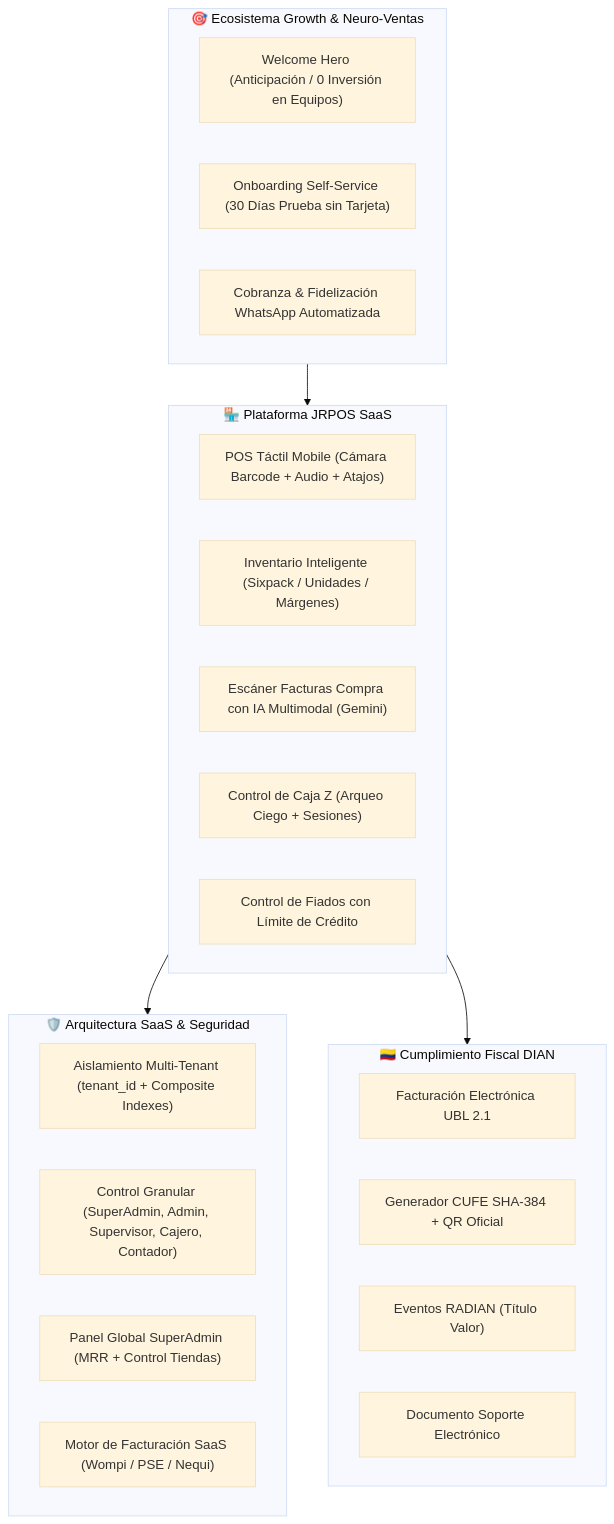
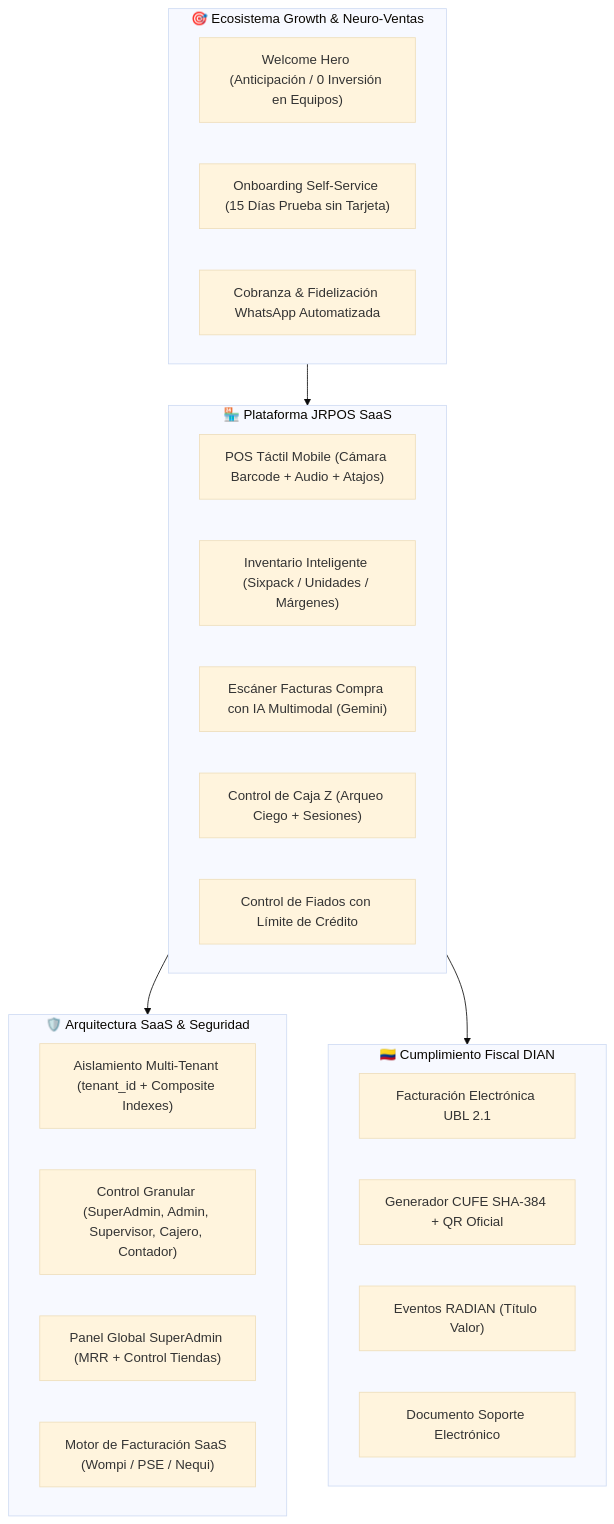
Before and after one commit to camilolealdev/Jrpos: the first of 2 diagrams in docs/MASTER_PLAN_UNIFICADO_MULTIAGENTE.md, drawn with Mermaid (base theme). The commit also changed other lines of this file and 4 other files, not shown here.

First line of the commit message:
docs: unificar trial de 15 días, 34 módulos y conteo de tests

````diff
--- a/docs/MASTER_PLAN_UNIFICADO_MULTIAGENTE.md
+++ b/docs/MASTER_PLAN_UNIFICADO_MULTIAGENTE.md
@@ -14,34 +14,34 @@
 ```mermaid
 graph TD
     subgraph Growth ["🎯 Ecosistema Growth & Neuro-Ventas"]
         WELCOME["Welcome Hero (Anticipación / 0 Inversión en Equipos)"]
-        TRIAL["Onboarding Self-Service (30 Días Prueba sin Tarjeta)"]
+        TRIAL["Onboarding Self-Service (15 Días Prueba sin Tarjeta)"]
         WHATSAPP["Cobranza & Fidelización WhatsApp Automatizada"]
     end
 
     subgraph CorePlatform ["🏪 Plataforma JRPOS SaaS"]
         POS["POS Táctil Mobile (Cámara Barcode + Audio + Atajos)"]
         INVENTORY["Inventario Inteligente (Sixpack / Unidades / Márgenes)"]
         OCR_AI["Escáner Facturas Compra con IA Multimodal (Gemini)"]
         CASH["Control de Caja Z (Arqueo Ciego + Sesiones)"]
         CREDITS["Control de Fiados con Límite de Crédito"]
     end
 
     subgraph SaaS_RBAC ["🛡️ Arquitectura SaaS & Seguridad"]
         MULTI_TENANT["Aislamiento Multi-Tenant (tenant_id + Composite Indexes)"]
         RBAC["Control Granular (SuperAdmin, Admin, Supervisor, Cajero, Contador)"]
         SUPERADMIN["Panel Global SuperAdmin (MRR + Control Tiendas)"]
         BILLING["Motor de Facturación SaaS (Wompi / PSE / Nequi)"]
     end
 
     subgraph Fiscal_DIAN ["🇨🇴 Cumplimiento Fiscal DIAN"]
         FE["Facturación Electrónica UBL 2.1"]
         CUFE["Generador CUFE SHA-384 + QR Oficial"]
         RADIAN["Eventos RADIAN (Título Valor)"]
         DOC_SOPORTE["Documento Soporte Electrónico"]
     end
 
     Growth --> CorePlatform
     CorePlatform --> SaaS_RBAC
     CorePlatform --> Fiscal_DIAN
 ```
````
